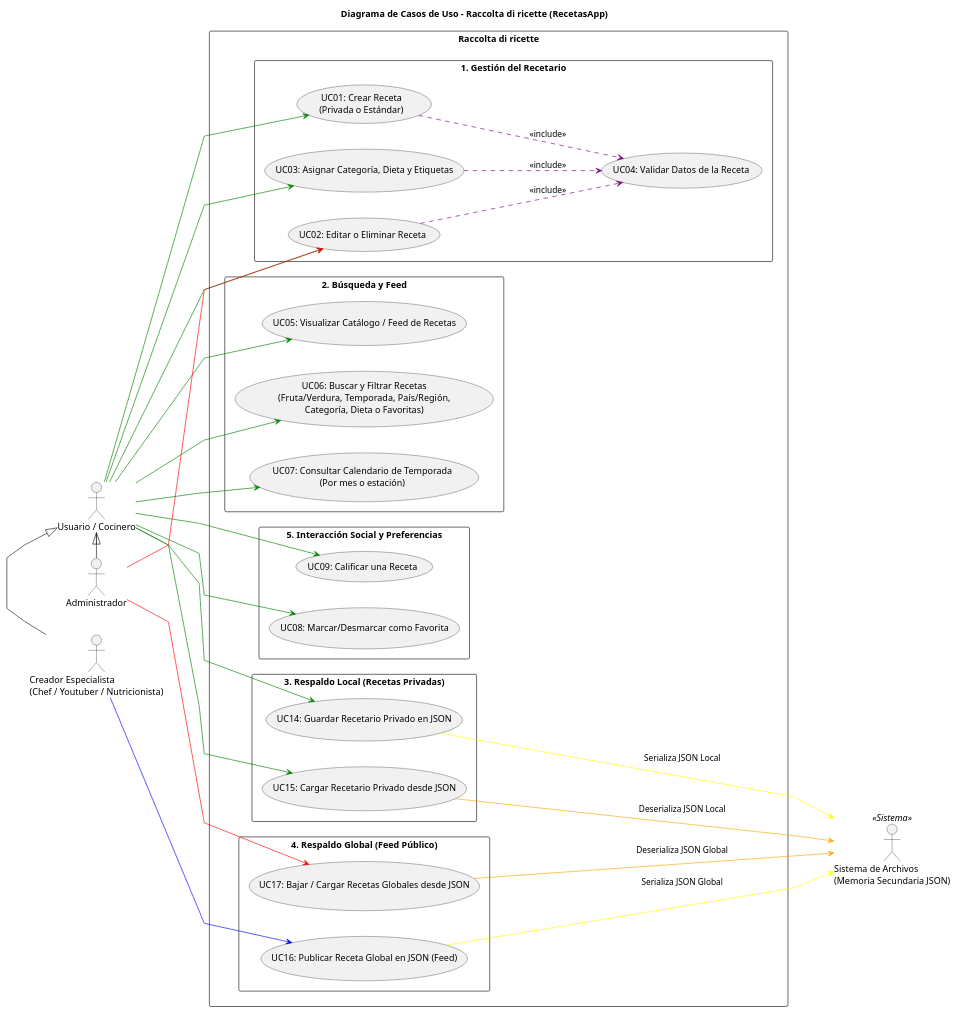
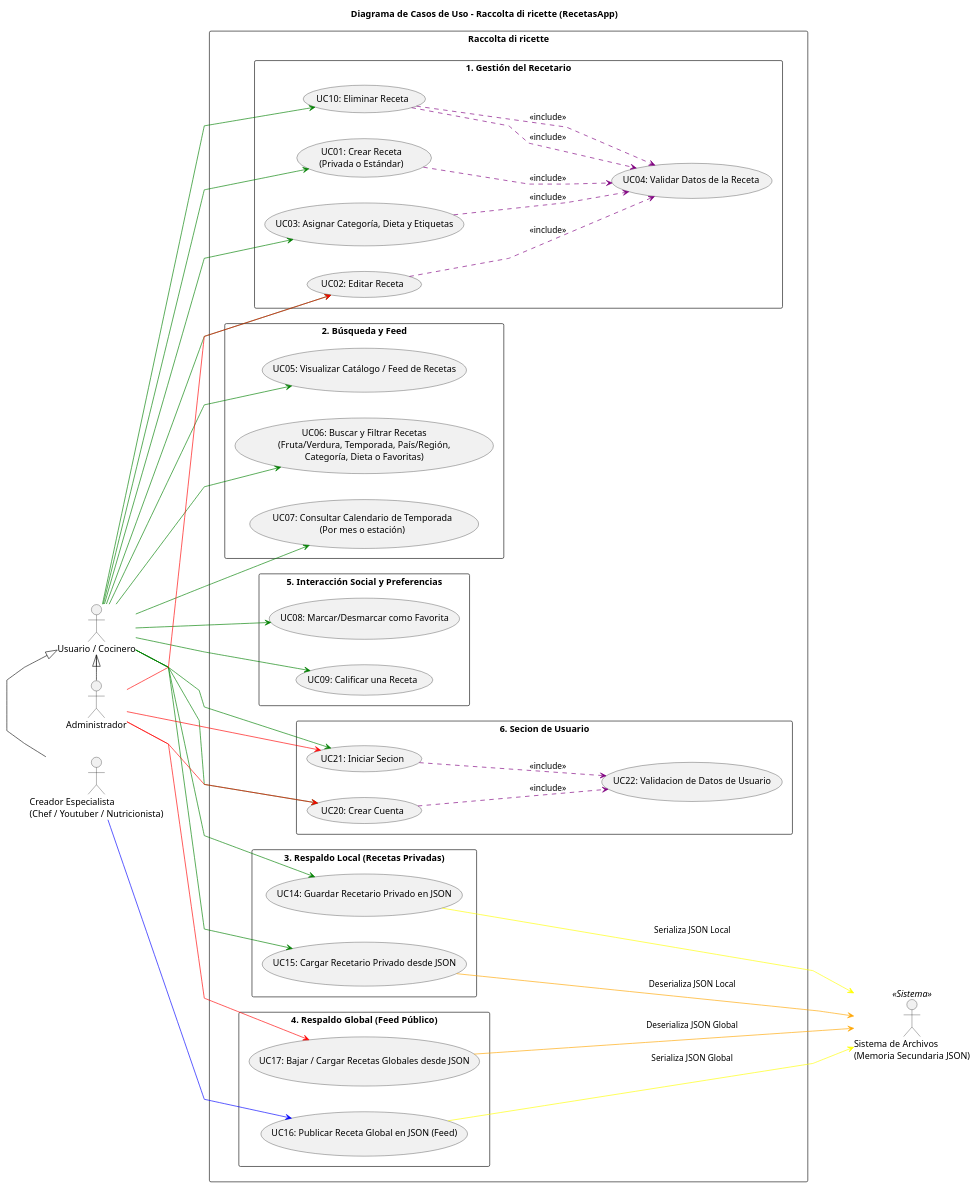
Before and after one commit to F3RN4ND01N6/RECETARIO: the diagram in DiagramaCasoUso.puml, drawn with PlantUML.

Commit message:
Update use case diagram for Raccolta di ricette

```diff
--- a/DiagramaCasoUso.puml
+++ b/DiagramaCasoUso.puml
@@ -1,99 +1,113 @@
-@startuml DiagramaCasosDeUso_Broccoli
+@startuml DiagramaCasosDeUso_Raccolta_di_ricette
 left to right direction
 
 title Diagrama de Casos de Uso - Raccolta di ricette (RecetasApp)
 
 ' === CONFIGURACIÓN VISUAL LIMPIA (Vértices rectos sin pisar texto) ===
 skinparam linetype polyline
 skinparam nodesep 40
 skinparam ranksep 110
 skinparam packageStyle rectangle
 
 ' === COLUMNA IZQUIERDA: Actores Humanos ===
 together {
     actor "Usuario / Cocinero" as Usuario
     actor "Creador Especialista\n(Chef / Youtuber / Nutricionista)" as Creador
     actor "Administrador" as Administrador
 }
 
 ' Herencia entre actores alineada en la misma columna izquierda
 Creador -right-|> Usuario
 Administrador -right-|> Usuario
 
 ' === COLUMNA CENTRAL: Los 5 paquetes en una sola fila vertical ===
 rectangle "Raccolta di ricette" {
 
     package "1. Gestión del Recetario" as P1 {
         usecase "UC01: Crear Receta\n(Privada o Estándar)" as UC01
-        usecase "UC02: Editar o Eliminar Receta" as UC02
+        usecase "UC02: Editar Receta" as UC02
+        usecase "UC10: Eliminar Receta" as UC10
         usecase "UC03: Asignar Categoría, Dieta y Etiquetas" as UC03
         usecase "UC04: Validar Datos de la Receta" as UC04
     }
 
     package "2. Búsqueda y Feed" as P2 {
         usecase "UC05: Visualizar Catálogo / Feed de Recetas" as UC05
         usecase "UC06: Buscar y Filtrar Recetas\n(Fruta/Verdura, Temporada, País/Región,\nCategoría, Dieta o Favoritas)" as UC06
         usecase "UC07: Consultar Calendario de Temporada\n(Por mes o estación)" as UC07
     }
 
     package "3. Respaldo Local (Recetas Privadas)" as P3 {
         usecase "UC14: Guardar Recetario Privado en JSON" as UC14
         usecase "UC15: Cargar Recetario Privado desde JSON" as UC15
     }
 
     package "4. Respaldo Global (Feed Público)" as P4 {
         usecase "UC16: Publicar Receta Global en JSON (Feed)" as UC16
         usecase "UC17: Bajar / Cargar Recetas Globales desde JSON" as UC17
     }
     
     package "5. Interacción Social y Preferencias" as P5 {
         usecase "UC08: Marcar/Desmarcar como Favorita" as UC08
         usecase "UC09: Calificar una Receta" as UC09
     }
-
+    Package "6. Secion de Usuario" as P6 {
+        usecase "UC20: Crear Cuenta" as UC20
+        usecase "UC21: Iniciar Secion" as UC21
+        usecase "UC22: Validacion de Datos de Usuario" as UC22    
+    }
     ' Alinear casos de uso en columna vertical
     UC01 -[hidden]right- UC02
     UC02 -[hidden]right- UC03
     UC03 -[hidden]right- UC05
     UC05 -[hidden]right- UC06
     UC06 -[hidden]right- UC07
     UC07 -[hidden]right- UC08
     UC08 -[hidden]right- UC09
     UC09 -[hidden]right- UC14
     UC14 -[hidden]right- UC15
     UC15 -[hidden]right- UC16
     UC16 -[hidden]right- UC17
 }
 
 ' === COLUMNA DERECHA: Sistema Externo ===
 actor "Sistema de Archivos\n(Memoria Secundaria JSON)" as SistemaArchivos <<Sistema>>
 
 ' === 1. FLECHAS DE ACTORES ===
 Usuario -[#Green]-> UC01
 Usuario -[#Green]-> UC02
 Usuario -[#Green]-> UC03
 Usuario -[#Green]-> UC05
 Usuario -[#Green]-> UC06
 Usuario -[#Green]-> UC07
 Usuario -[#Green]-> UC08
 Usuario -[#Green]-> UC09
+Usuario -[#Green]-> UC10
 Usuario -[#Green]-> UC14
 Usuario -[#Green]-> UC15
+Usuario -[#Green]-> UC20
+Usuario -[#Green]-> UC21
 
 Creador -[#Blue]-> UC16
 
 Administrador -[#Red]-> UC02
 Administrador -[#Red]-> UC17
+Administrador -[#Red]-> UC20
+Administrador -[#Red]-> UC21
 
 ' === 2. RELACIONES INTERNAS ===
 UC01 .[#Purple].> UC04 : <<include>>
 UC02 .[#Purple].> UC04 : <<include>>
 UC03 .[#Purple].> UC04 : <<include>>
+UC10 .[#Purple].> UC04 : <<include>>
+UC10 .[#Purple].> UC04 : <<include>>
+UC20 .[#Purple].> UC22 : <<include>>
+UC21 .[#Purple].> UC22 : <<include>>
 
 ' === 3. CONEXIONES AL SISTEMA DE ARCHIVOS ===
 UC14 -[#Yellow]--> SistemaArchivos : "Serializa JSON Local"
 UC15 -[#Orange]--> SistemaArchivos : "Deserializa JSON Local"
 UC16 -[#Yellow]--> SistemaArchivos : "Serializa JSON Global"
 UC17 -[#Orange]--> SistemaArchivos : "Deserializa JSON Global"
 
 @enduml
```
